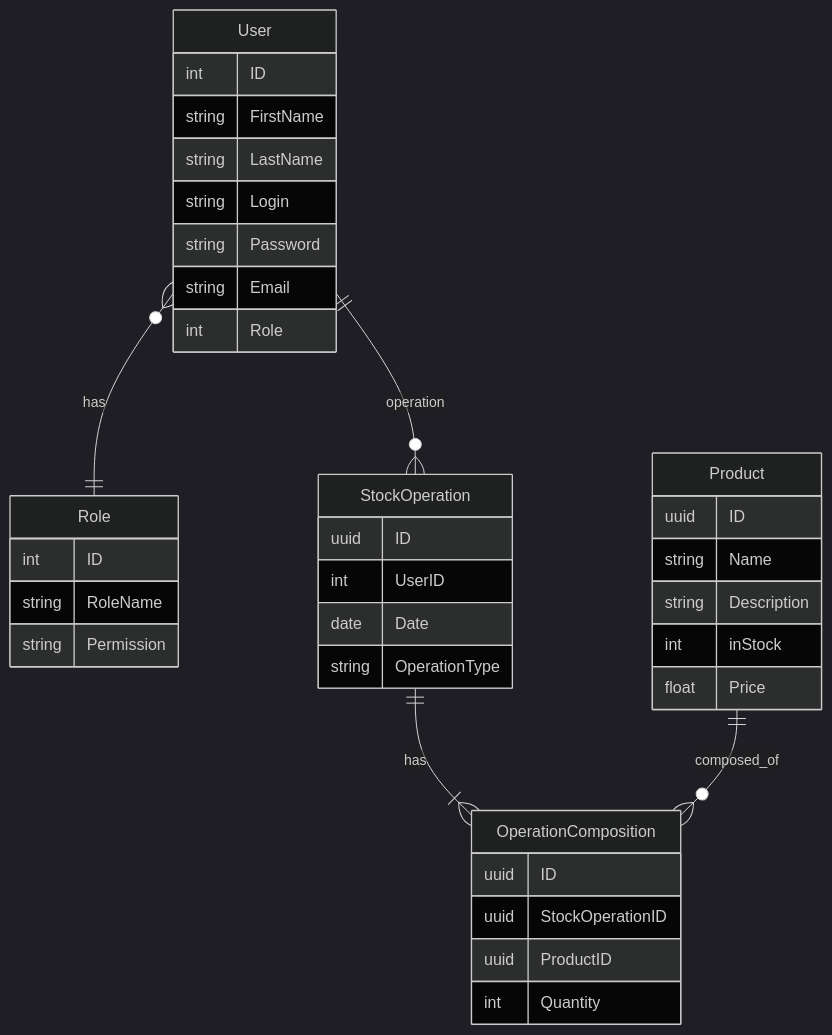
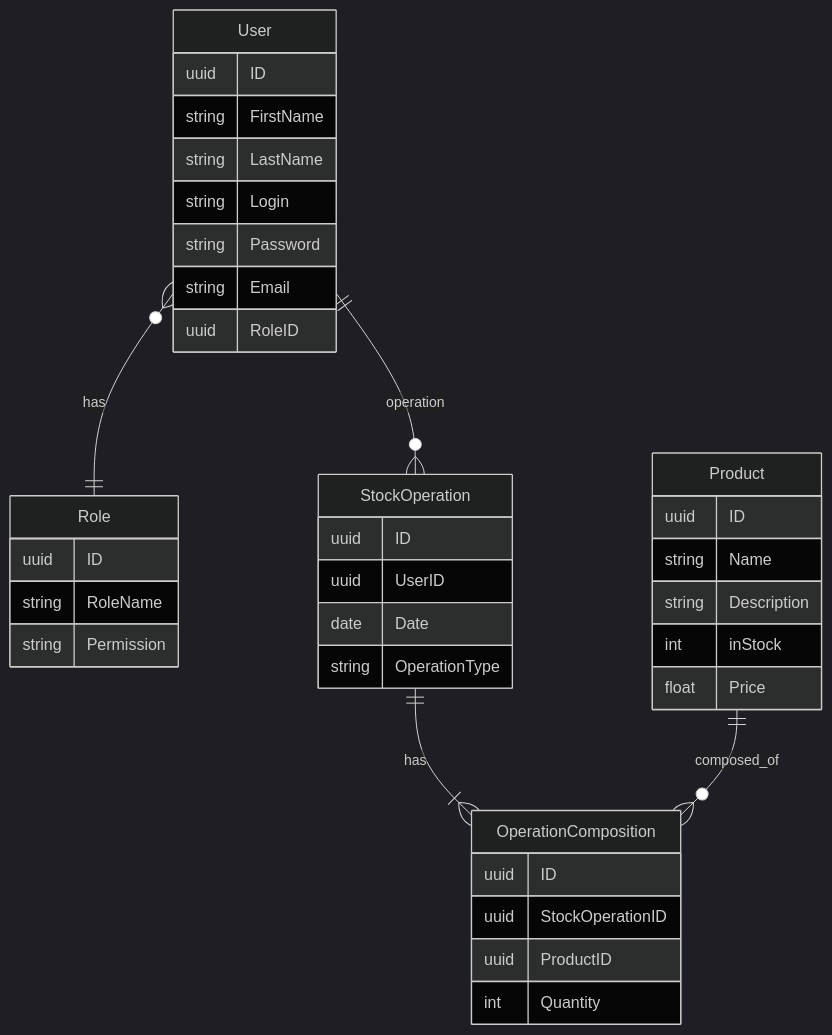
Before and after one commit to PortnovAlex80/node_js_pro: the fourth of 9 diagrams in README.md, drawn with Mermaid (dark theme). The commit also changed other lines of this file, not shown here.

````diff
--- a/README.md
+++ b/README.md
@@ -492,47 +493,47 @@
 ```mermaid
 erDiagram
 
     User }o--|| Role : has
         
     User {
-        int ID
+        uuid ID
         string FirstName
         string LastName
         string Login
         string Password
         string Email
-        int Role
+        uuid RoleID
     }
     
     Role {
-        int ID
+        uuid ID
         string RoleName
         string Permission
     }
     
     User ||--o{ StockOperation : operation	  
     StockOperation ||--|{ OperationComposition : has
     Product ||--o{ OperationComposition : composed_of
     
     StockOperation {
         uuid ID
-        int UserID
+        uuid UserID
         date Date
         string OperationType
     }
     
     Product {
         uuid ID
         string Name
         string Description
         int inStock
         float Price
     }
     
     OperationComposition {
         uuid ID
         uuid StockOperationID
         uuid ProductID
         int Quantity
     }
 ```
````
